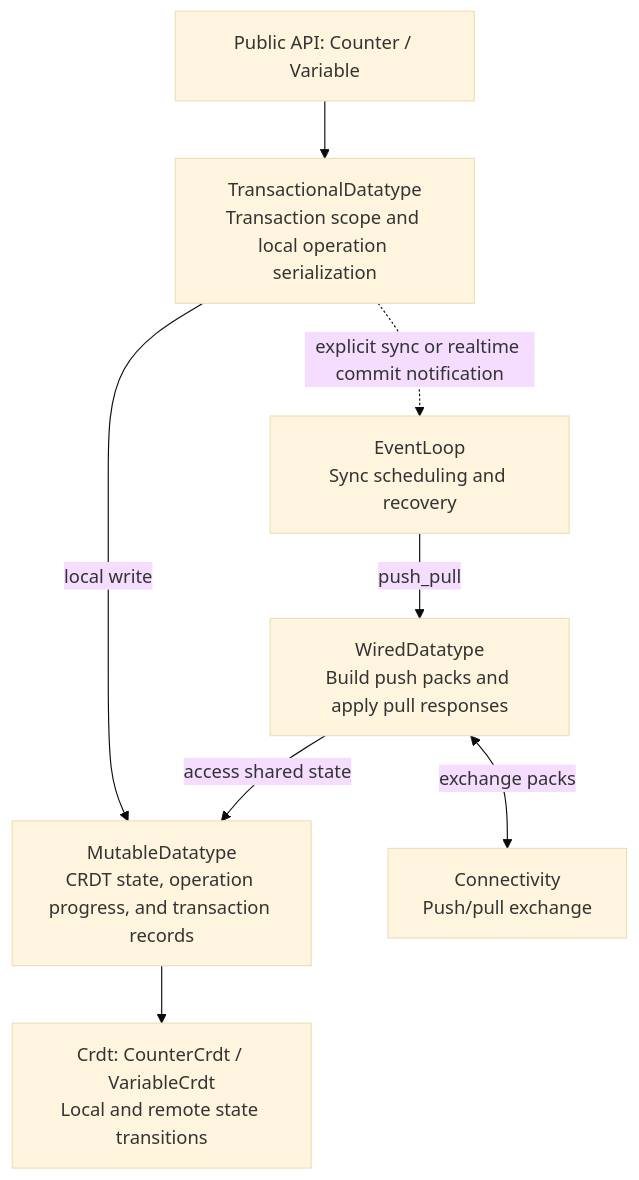
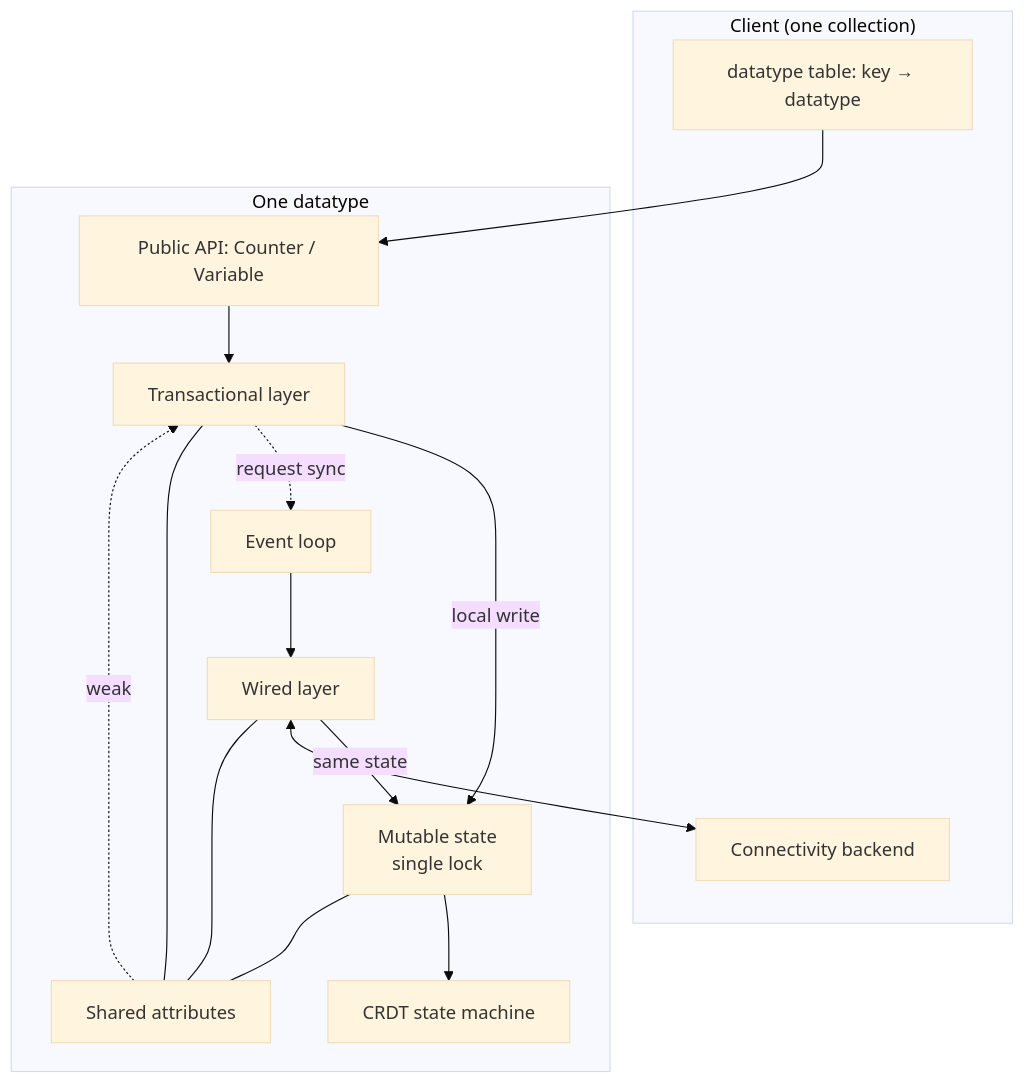
Before and after one commit to qortoo/qortoo-rs: the first of 3 diagrams in docs/architecture.md, drawn with Mermaid (base theme). The commit also changed other lines of this file, not shown here.

First line of the commit message:
📜docs(architecture): restate the architecture under the concept-doc standard

````diff
--- a/docs/architecture.md
+++ b/docs/architecture.md
@@ -14,18 +43,30 @@
 ```mermaid
 flowchart TD
-    API["Public API: Counter / Variable"]
-    TX["TransactionalDatatype<br/>Transaction scope and local operation serialization"]
-    MU["MutableDatatype<br/>CRDT state, operation progress, and transaction records"]
-    CR["Crdt: CounterCrdt / VariableCrdt<br/>Local and remote state transitions"]
-    EL["EventLoop<br/>Sync scheduling and recovery"]
-    WI["WiredDatatype<br/>Build push packs and apply pull responses"]
-    CONN["Connectivity<br/>Push/pull exchange"]
+    subgraph Client["Client (one collection)"]
+        DTT["datatype table: key → datatype"]
+        CONN["Connectivity backend"]
+    end
 
+    subgraph Datatype["One datatype"]
+        API["Public API: Counter / Variable"]
+        TX["Transactional layer"]
+        MUT["Mutable state<br/>single lock"]
+        CRDT["CRDT state machine"]
+        EL["Event loop"]
+        WI["Wired layer"]
+        ATTR["Shared attributes"]
+    end
+
+    DTT --> API
     API --> TX
-    TX -->|local write| MU
-    MU --> CR
-    TX -.->|explicit sync or realtime commit notification| EL
-    EL -->|push_pull| WI
-    WI -->|access shared state| MU
-    WI <-->|exchange packs| CONN
+    TX -->|local write| MUT
+    MUT --> CRDT
+    TX -.->|request sync| EL
+    EL --> WI
+    WI -->|same state| MUT
+    WI <--> CONN
+    TX --- ATTR
+    WI --- ATTR
+    MUT --- ATTR
+    ATTR -.->|weak| TX
 ```
````
